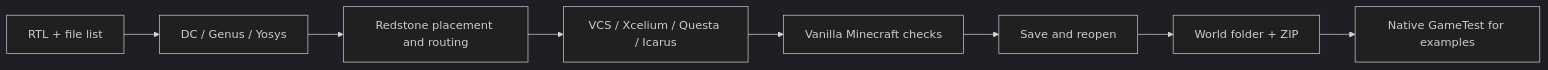
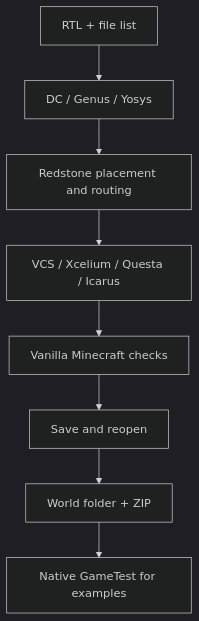
Before and after one commit to NTP17/rtl2mc: the diagram in README.md, drawn with Mermaid (dark theme).

Commit message:
Update README.md flowchart direction

````diff
--- a/README.md
+++ b/README.md
@@ -12,10 +12,10 @@
 ```mermaid
-flowchart LR
+flowchart TD
     RTL[RTL + file list] --> SYN[DC / Genus / Yosys]
     SYN --> MAP[Redstone placement and routing]
     MAP --> SIM[VCS / Xcelium / Questa / Icarus]
     SIM --> MC[Vanilla Minecraft checks]
     MC --> SAVE[Save and reopen]
     SAVE --> WORLD[World folder + ZIP]
     WORLD --> GT[Native GameTest for examples]
 ```
````
